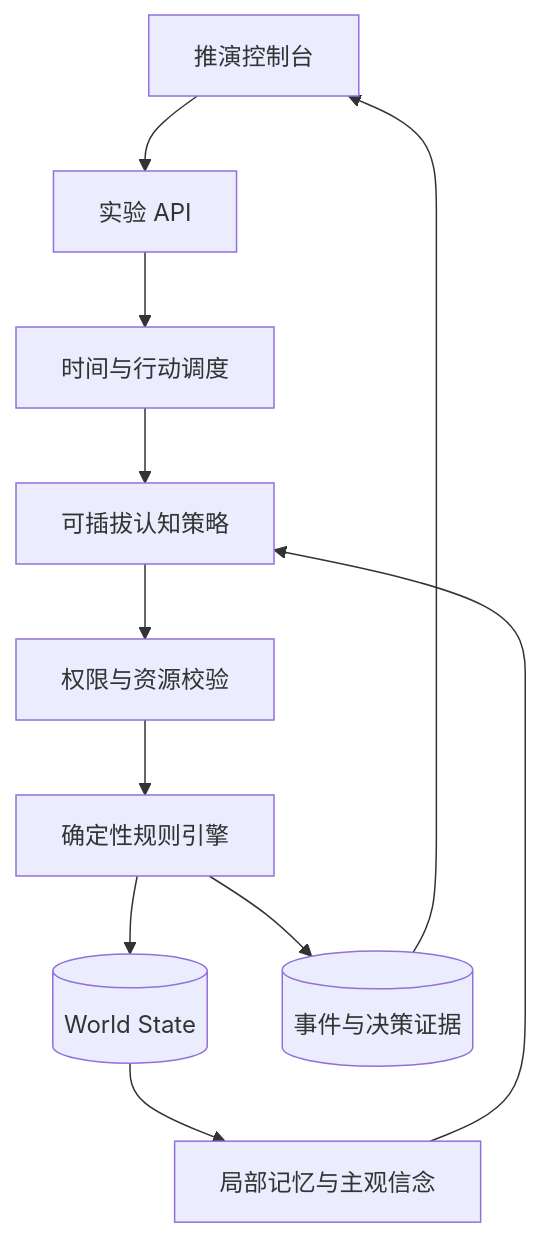
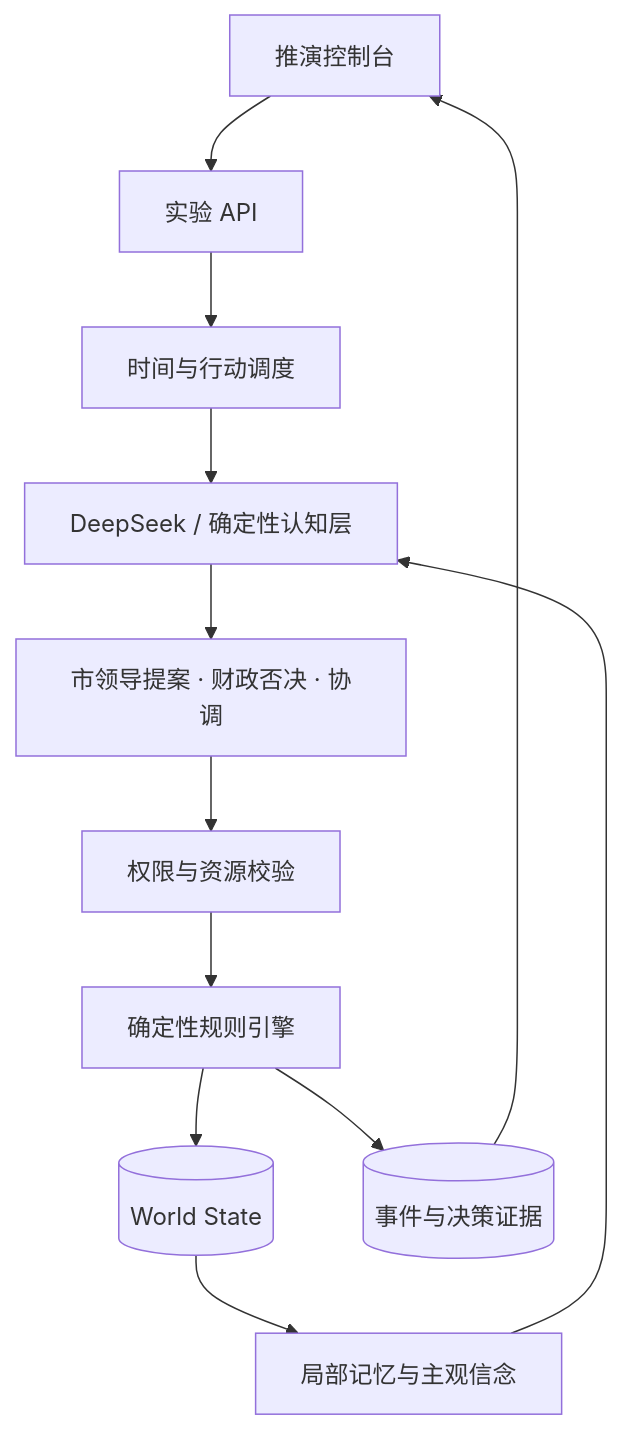
One commit to lizhangxin666/insidegov changed the diagram in docs/ARCHITECTURE.md. Above: the diagram before and after it, drawn with Mermaid. The commit also changed other lines of this file and 27 other files, not shown here.

````diff
--- a/docs/ARCHITECTURE.md
+++ b/docs/ARCHITECTURE.md
@@ -5,13 +5,14 @@
 ```mermaid
 flowchart TB
   UI[推演控制台] --> API[实验 API]
   API --> Orchestrator[时间与行动调度]
-  Orchestrator --> Policy[可插拔认知策略]
-  Policy --> Validator[权限与资源校验]
+  Orchestrator --> Policy[DeepSeek / 确定性认知层]
+  Policy --> Council[市领导提案 · 财政否决 · 协调]
+  Council --> Validator[权限与资源校验]
   Validator --> Rules[确定性规则引擎]
   Rules --> State[(World State)]
   State --> Memory[局部记忆与主观信念]
   Memory --> Policy
   Rules --> Trace[(事件与决策证据)]
   Trace --> UI
 ```
````
